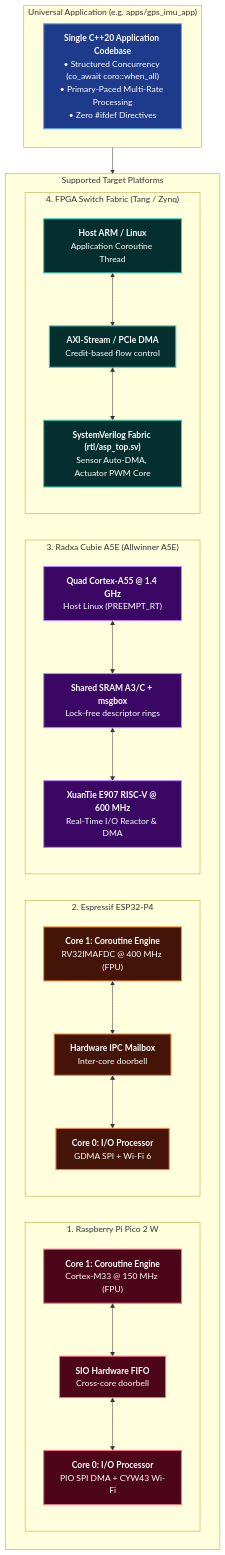
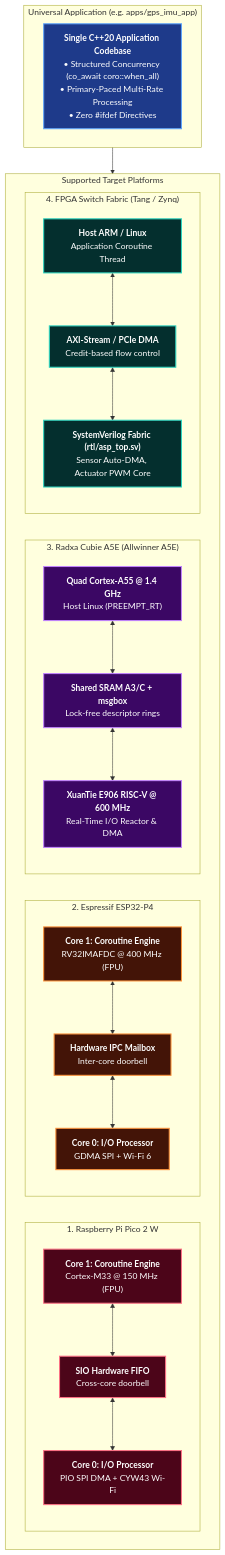
The fifth of 8 diagrams in README.md (tcmichals/AbstractX), drawn with Mermaid before and after one commit. The commit also changed other lines of this file and 96 other files, not shown here.

````diff
--- a/README.md
+++ b/README.md
@@ -357,56 +357,56 @@
 ```mermaid
 graph TD
     subgraph APP["Universal Application (e.g. apps/gps_imu_app)"]
         APP_CODE["<b>Single C++20 Application Codebase</b><br/>• Structured Concurrency (co_await coro::when_all)<br/>• Primary-Paced Multi-Rate Processing<br/>• Zero #ifdef Directives"]
     end
 
     subgraph TARGETS["Supported Target Platforms"]
         direction LR
         
         subgraph T_PICO["1. Raspberry Pi Pico 2 W"]
             direction TB
             P_C1["<b>Core 1: Coroutine Engine</b><br/>Cortex-M33 @ 150 MHz (FPU)"]
             P_SIO["<b>SIO Hardware FIFO</b><br/>Cross-core doorbell"]
             P_C0["<b>Core 0: I/O Processor</b><br/>PIO SPI DMA + CYW43 Wi-Fi"]
             P_C1 <--> P_SIO <--> P_C0
         end
 
         subgraph T_ESP["2. Espressif ESP32-P4"]
             direction TB
             E_C1["<b>Core 1: Coroutine Engine</b><br/>RV32IMAFDC @ 400 MHz (FPU)"]
             E_IPC["<b>Hardware IPC Mailbox</b><br/>Inter-core doorbell"]
             E_C0["<b>Core 0: I/O Processor</b><br/>GDMA SPI + Wi-Fi 6"]
             E_C1 <--> E_IPC <--> E_C0
         end
 
         subgraph T_LINUX["3. Radxa Cubie A5E (Allwinner A5E)"]
             direction TB
             L_A55["<b>Quad Cortex-A55 @ 1.4 GHz</b><br/>Host Linux (PREEMPT_RT)"]
             L_SRAM["<b>Shared SRAM A3/C + msgbox</b><br/>Lock-free descriptor rings"]
-            L_E907["<b>XuanTie E907 RISC-V @ 600 MHz</b><br/>Real-Time I/O Reactor & DMA"]
-            L_A55 <--> L_SRAM <--> L_E907
+            L_E906["<b>XuanTie E906 RISC-V @ 600 MHz</b><br/>Real-Time I/O Reactor & DMA"]
+            L_A55 <--> L_SRAM <--> L_E906
         end
 
         subgraph T_FPGA["4. FPGA Switch Fabric (Tang / Zynq)"]
             direction TB
             Z_HOST["<b>Host ARM / Linux</b><br/>Application Coroutine Thread"]
             Z_AXI["<b>AXI-Stream / PCIe DMA</b><br/>Credit-based flow control"]
             Z_RTL["<b>SystemVerilog Fabric (rtl/asp_top.sv)</b><br/>Sensor Auto-DMA, Actuator PWM Core"]
             Z_HOST <--> Z_AXI <--> Z_RTL
         end
     end
 
     APP --> TARGETS
 
     classDef appStyle fill:#1e3a8a,stroke:#60a5fa,stroke-width:2px,color:#ffffff;
     classDef picoStyle fill:#4c0519,stroke:#fb7185,stroke-width:2px,color:#ffffff;
     classDef espStyle fill:#431407,stroke:#fb923c,stroke-width:2px,color:#ffffff;
     classDef linuxStyle fill:#3b0764,stroke:#c084fc,stroke-width:2px,color:#ffffff;
     classDef fpgaStyle fill:#042f2e,stroke:#2dd4bf,stroke-width:2px,color:#ffffff;
 
     class APP_CODE appStyle;
     class P_C1,P_SIO,P_C0 picoStyle;
     class E_C1,E_IPC,E_C0 espStyle;
-    class L_A55,L_SRAM,L_E907 linuxStyle;
+    class L_A55,L_SRAM,L_E906 linuxStyle;
     class Z_HOST,Z_AXI,Z_RTL fpgaStyle;
 ```
````
